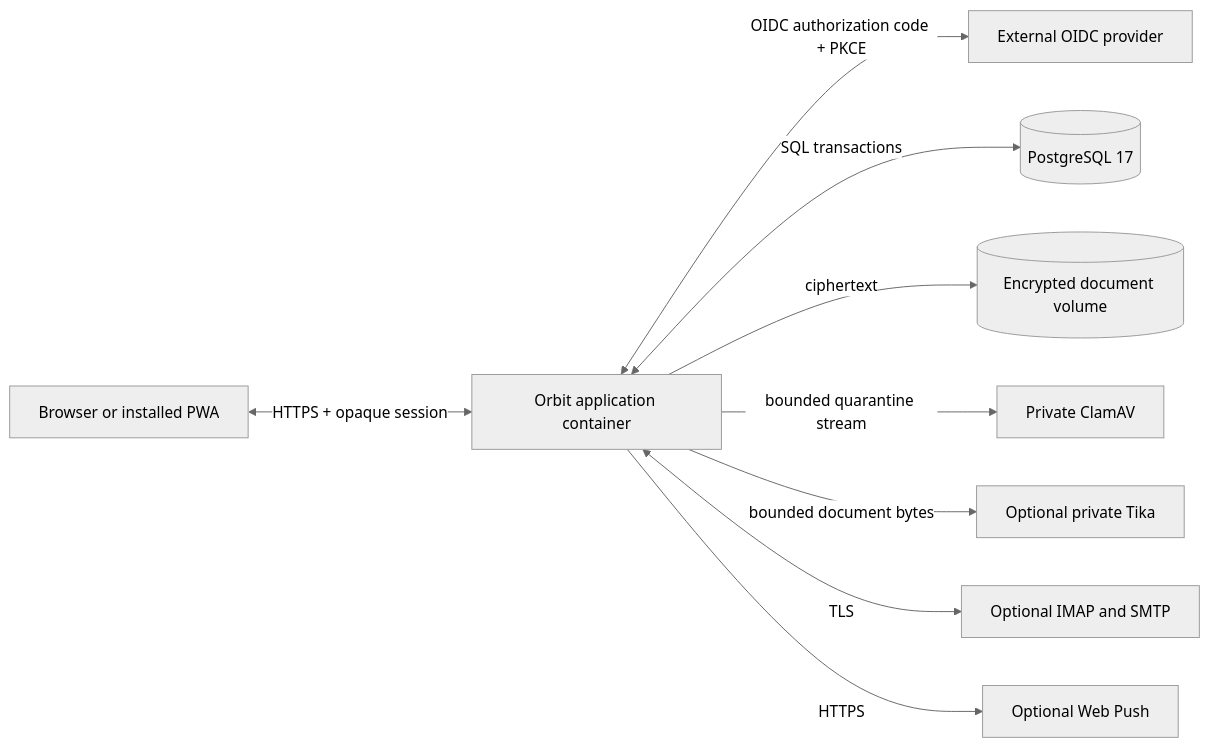
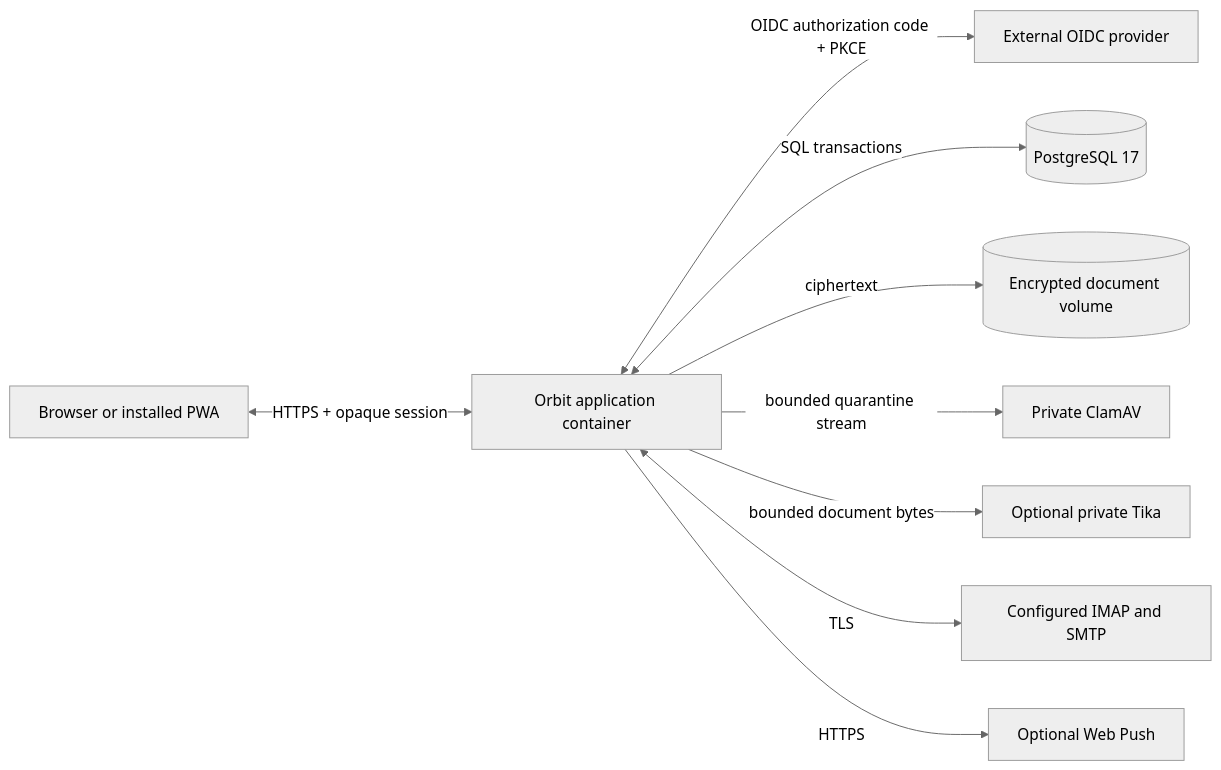
The diagram in docs/architecture.md (tomlawesome/orbit), drawn with Mermaid (neutral theme) before and after one commit. The commit also changed 6 other files, not shown here.

````diff
--- a/docs/architecture.md
+++ b/docs/architecture.md
@@ -9,21 +9,21 @@
 ```mermaid
 flowchart LR
     user["Browser or installed PWA"]
     oidc["External OIDC provider"]
     orbit["Orbit application container"]
     db[("PostgreSQL 17")]
     files[("Encrypted document volume")]
     clamav["Private ClamAV"]
     tika["Optional private Tika"]
-    mail["Optional IMAP and SMTP"]
+    mail["Configured IMAP and SMTP"]
     push["Optional Web Push"]
 
     user <-->|"HTTPS + opaque session"| orbit
     orbit <-->|"OIDC authorization code + PKCE"| oidc
     orbit <-->|"SQL transactions"| db
     orbit -->|"ciphertext"| files
     orbit -->|"bounded quarantine stream"| clamav
     orbit -->|"bounded document bytes"| tika
     orbit <-->|"TLS"| mail
     orbit -->|"HTTPS"| push
 ```
````
